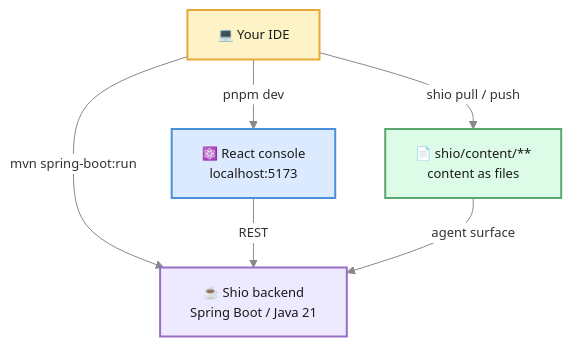
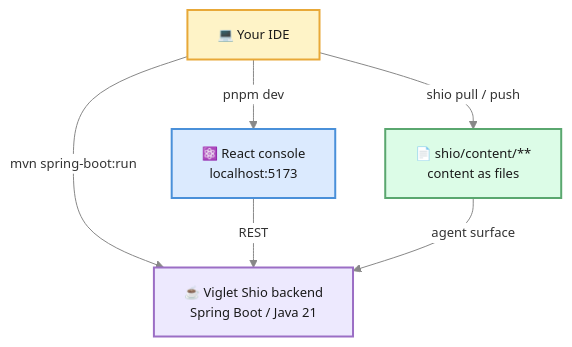
The diagram in shio-site/docs/src/content/docs/developer-guide.md (openviglet/shio), drawn with Mermaid before and after one commit. The commit also changed 9 other files, not shown here.

````diff
--- a/shio-site/docs/src/content/docs/developer-guide.md
+++ b/shio-site/docs/src/content/docs/developer-guide.md
@@ -59,19 +59,19 @@
 ```mermaid
 %%{init: {'theme': 'base', 'themeVariables': {'fontSize': '13px', 'primaryColor': '#fff', 'primaryBorderColor': '#c0c0c0', 'lineColor': '#888', 'textColor': '#333'}}}%%
 graph TD
-    A["💻 Your IDE"] -->|"mvn spring-boot:run"| B["☕ Shio backend\nSpring Boot / Java 21"]
+    A["💻 Your IDE"] -->|"mvn spring-boot:run"| B["☕ Viglet Shio backend\nSpring Boot / Java 21"]
     A -->|"pnpm dev"| C["⚛️ React console\nlocalhost:5173"]
     A -->|"shio pull / push"| D["📄 shio/content/**\ncontent as files"]
     C -->|"REST"| B
     D -->|"agent surface"| B
 
     classDef blue fill:#dbeafe,stroke:#4A90D9,stroke-width:2px,color:#1a1a1a
     classDef purple fill:#ede9fe,stroke:#9B6EC5,stroke-width:2px,color:#1a1a1a
     classDef amber fill:#fef3c7,stroke:#E8A838,stroke-width:2px,color:#1a1a1a
     classDef green fill:#dcfce7,stroke:#5AA76F,stroke-width:2px,color:#1a1a1a
 
     class A amber
     class B purple
     class C blue
     class D green
 ```
````
